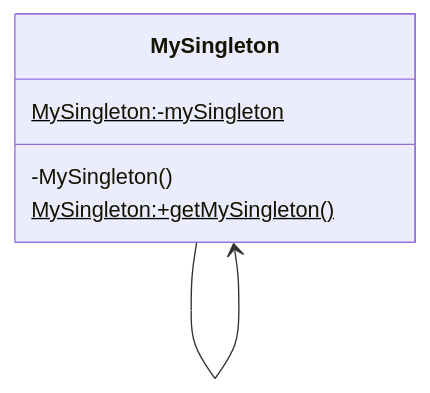
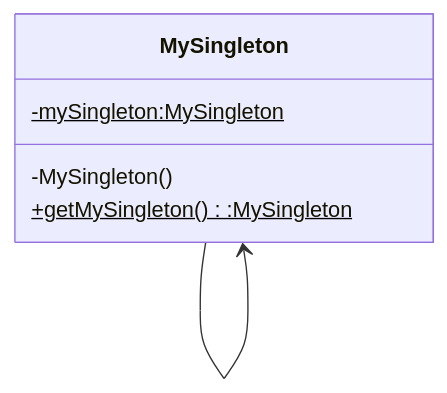
The diagram in DesingPatterns/Creational/Singleton/readme.md (lokesh-chouhan/LowLevelDesign), drawn with Mermaid before and after one commit.

````diff
--- a/DesingPatterns/Creational/Singleton/readme.md
+++ b/DesingPatterns/Creational/Singleton/readme.md
@@ -9,12 +9,12 @@
 ```mermaid
 
 classDiagram
     class MySingleton{
-        MySingleton:-mySingleton$
+        -mySingleton:MySingleton$
         -MySingleton()
-        MySingleton:+getMySingleton()$
+        +getMySingleton():MySingleton$
     }
 
     MySingleton --> MySingleton
 
 ```
````
